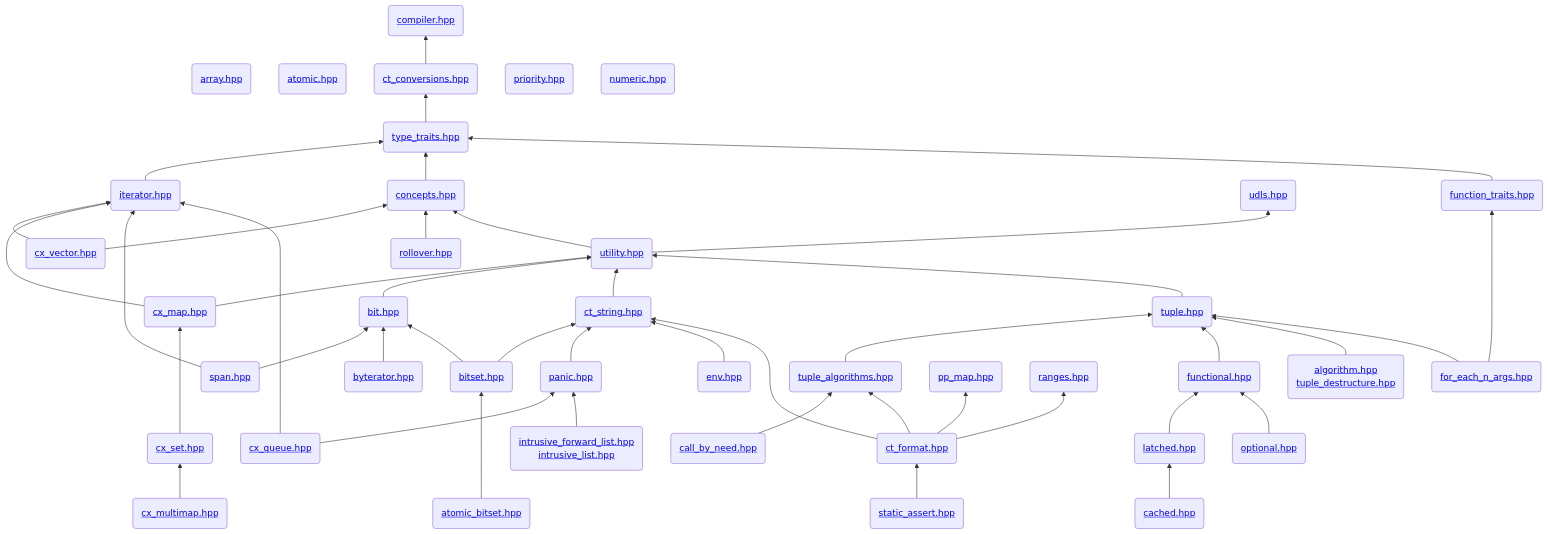
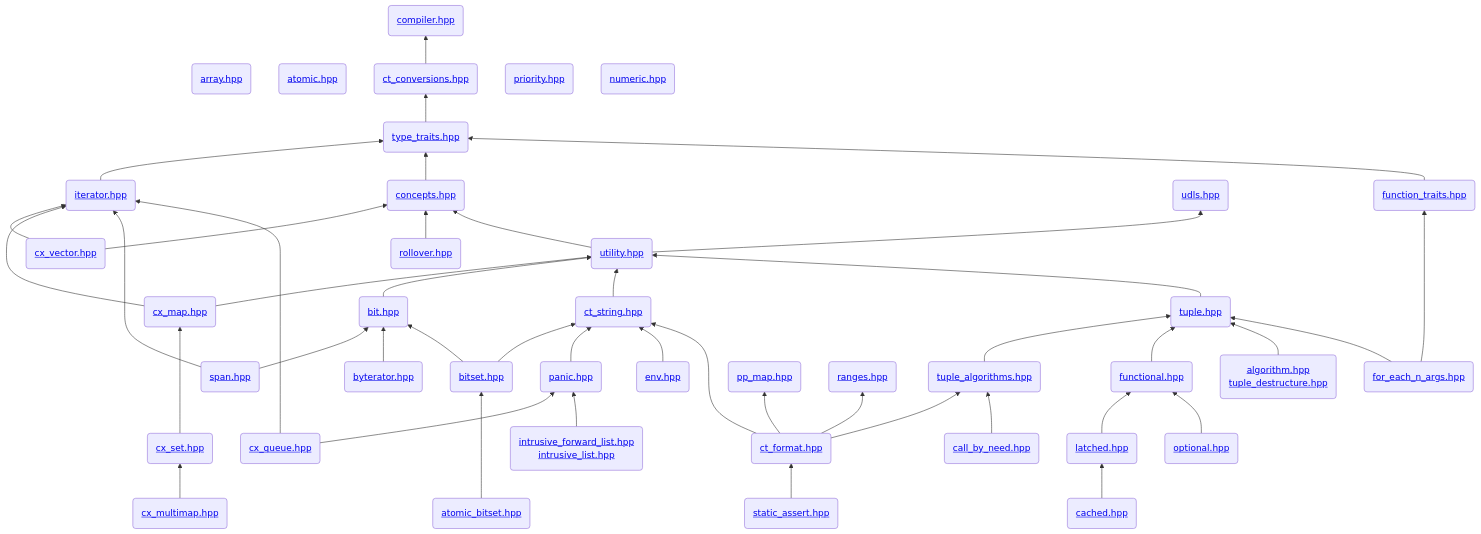
One commit to intel/cpp-std-extensions changed the diagram in docs/header_graph.mmd. Above: the diagram before and after it, drawn with Mermaid. The commit also changed 2 other files, not shown here.

```diff
--- a/docs/header_graph.mmd
+++ b/docs/header_graph.mmd
@@ -1,104 +1,105 @@
 flowchart BT
   %% level 0
   compiler(<a href="https://github.com/intel/cpp-std-extensions/tree/main/include/stdx/compiler.hpp">compiler.hpp</a>)
 
   %% level 1
   array(<a href="https://github.com/intel/cpp-std-extensions/tree/main/include/stdx/array.hpp">array.hpp</a>)
   atomic(<a href="https://github.com/intel/cpp-std-extensions/tree/main/include/stdx/atomic.hpp">atomic.hpp</a>)
   ct_conversions(<a href="https://github.com/intel/cpp-std-extensions/tree/main/include/stdx/ct_conversions.hpp">ct_conversions.hpp</a>)
+  priority(<a href="https://github.com/intel/cpp-std-extensions/tree/main/include/stdx/priority.hpp">priority.hpp</a>)
+  numeric(<a href="https://github.com/intel/cpp-std-extensions/tree/main/include/stdx/numeric.hpp">numeric.hpp</a>)
   array ~~~ compiler
   atomic ~~~ compiler
   ct_conversions --> compiler
-  priority(<a href="https://github.com/intel/cpp-std-extensions/tree/main/include/stdx/priority.hpp">priority.hpp</a>)
-  numeric(<a href="https://github.com/intel/cpp-std-extensions/tree/main/include/stdx/numeric.hpp">numeric.hpp</a>)
   priority ~~~ compiler
   numeric ~~~ compiler
 
   %% level 2
   type_traits(<a href="https://github.com/intel/cpp-std-extensions/tree/main/include/stdx/type_traits.hpp">type_traits.hpp</a>)
   type_traits --> ct_conversions
 
   %% level 3
   iterator(<a href="https://github.com/intel/cpp-std-extensions/tree/main/include/stdx/iterator.hpp">iterator.hpp</a>)
-  iterator --> type_traits
   concepts(<a href="https://github.com/intel/cpp-std-extensions/tree/main/include/stdx/concepts.hpp">concepts.hpp</a>)
-  concepts --> type_traits
   udls(<a href="https://github.com/intel/cpp-std-extensions/tree/main/include/stdx/udls.hpp">udls.hpp</a>)
   function_traits(<a href="https://github.com/intel/cpp-std-extensions/tree/main/include/stdx/function_traits.hpp">function_traits.hpp</a>)
+  iterator --> type_traits
+  concepts --> type_traits
   function_traits --> type_traits
 
   %% level 4
   cx_vector(<a href="https://github.com/intel/cpp-std-extensions/tree/main/include/stdx/cx_vector.hpp">cx_vector.hpp</a>)
+  rollover(<a href="https://github.com/intel/cpp-std-extensions/tree/main/include/stdx/rollover.hpp">rollover.hpp</a>)
+  utility(<a href="https://github.com/intel/cpp-std-extensions/tree/main/include/stdx/utility.hpp">utility.hpp</a>)
   cx_vector --> iterator
   cx_vector --> concepts
-  rollover(<a href="https://github.com/intel/cpp-std-extensions/tree/main/include/stdx/rollover.hpp">rollover.hpp</a>)
   rollover --> concepts
-  utility(<a href="https://github.com/intel/cpp-std-extensions/tree/main/include/stdx/utility.hpp">utility.hpp</a>)
   utility --> concepts
   utility --> udls
 
   %% level 5
   cx_map(<a href="https://github.com/intel/cpp-std-extensions/tree/main/include/stdx/cx_map.hpp">cx_map.hpp</a>)
+  bit(<a href="https://github.com/intel/cpp-std-extensions/tree/main/include/stdx/bit.hpp">bit.hpp</a>)
+  ct_string(<a href="https://github.com/intel/cpp-std-extensions/tree/main/include/stdx/ct_string.hpp">ct_string.hpp</a>)
+  tuple(<a href="https://github.com/intel/cpp-std-extensions/tree/main/include/stdx/tuple.hpp">tuple.hpp</a>)
   cx_map ---> iterator
   cx_map --> utility
-  bit(<a href="https://github.com/intel/cpp-std-extensions/tree/main/include/stdx/bit.hpp">bit.hpp</a>)
   bit --> utility
-  ct_string(<a href="https://github.com/intel/cpp-std-extensions/tree/main/include/stdx/ct_string.hpp">ct_string.hpp</a>)
   ct_string --> utility
-  tuple(<a href="https://github.com/intel/cpp-std-extensions/tree/main/include/stdx/tuple.hpp">tuple.hpp</a>)
   tuple --> utility
 
   %% level 6
   span(<a href="https://github.com/intel/cpp-std-extensions/tree/main/include/stdx/span.hpp">span.hpp</a>)
-  span ----> iterator
-  span --> bit
   byterator(<a href="https://github.com/intel/cpp-std-extensions/tree/main/include/stdx/byterator.hpp">byterator.hpp</a>)
-  byterator --> bit
   cx_set(<a href="https://github.com/intel/cpp-std-extensions/tree/main/include/stdx/cx_set.hpp">cx_set.hpp</a>)
-  cx_set ---> cx_map
   bitset(<a href="https://github.com/intel/cpp-std-extensions/tree/main/include/stdx/bitset.hpp">bitset.hpp</a>)
-  bitset --> bit
-  bitset --> ct_string
   panic(<a href="https://github.com/intel/cpp-std-extensions/tree/main/include/stdx/panic.hpp">panic.hpp</a>)
-  panic --> ct_string
   env(<a href="https://github.com/intel/cpp-std-extensions/tree/main/include/stdx/env.hpp">env.hpp</a>)
-  env --> ct_string
-  tuple_algorithms(<a href="https://github.com/intel/cpp-std-extensions/tree/main/include/stdx/tuple_algorithms.hpp">tuple_algorithms.hpp</a>)
-  tuple_algorithms --> tuple
   functional(<a href="https://github.com/intel/cpp-std-extensions/tree/main/include/stdx/functional.hpp">functional.hpp</a>)
-  functional --> tuple
   C(<a href="https://github.com/intel/cpp-std-extensions/tree/main/include/stdx/algorithm.hpp">algorithm.hpp</a><br><a href="https://github.com/intel/cpp-std-extensions/tree/main/include/stdx/tuple_destructure.hpp">tuple_destructure.hpp</a>)
-  C --> tuple
   for_each_n_args(<a href="https://github.com/intel/cpp-std-extensions/tree/main/include/stdx/for_each_n_args.hpp">for_each_n_args.hpp</a>)
-  for_each_n_args ----> function_traits
-  for_each_n_args --> tuple
 
   %% level 7
   cx_multimap(<a href="https://github.com/intel/cpp-std-extensions/tree/main/include/stdx/cx_multimap.hpp">cx_multimap.hpp</a>)
-  cx_multimap --> cx_set
   cx_queue(<a href="https://github.com/intel/cpp-std-extensions/tree/main/include/stdx/cx_queue.hpp">cx_queue.hpp</a>)
-  cx_queue ----> iterator
-  cx_queue --> panic
   atomic_bitset(<a href="https://github.com/intel/cpp-std-extensions/tree/main/include/stdx/atomic_bitset.hpp">atomic_bitset.hpp</a>)
-  atomic_bitset ---> bitset
   B(<a href="https://github.com/intel/cpp-std-extensions/tree/main/include/stdx/intrusive_forward_list.hpp">intrusive_forward_list.hpp<br><a href="https://github.com/intel/cpp-std-extensions/tree/main/include/stdx/intrusive_list.hpp">intrusive_list.hpp</a>)
-  B --> panic
   pp_map(<a href="https://github.com/intel/cpp-std-extensions/tree/main/include/stdx/pp_map.hpp">pp_map.hpp</a>)
   ranges(<a href="https://github.com/intel/cpp-std-extensions/tree/main/include/stdx/ranges.hpp">ranges.hpp</a>)
+  tuple_algorithms(<a href="https://github.com/intel/cpp-std-extensions/tree/main/include/stdx/tuple_algorithms.hpp">tuple_algorithms.hpp</a>)
+  ct_format(<a href="https://github.com/intel/cpp-std-extensions/tree/main/include/stdx/ct_format.hpp">ct_format.hpp</a>)
   call_by_need(<a href="https://github.com/intel/cpp-std-extensions/tree/main/include/stdx/call_by_need.hpp">call_by_need.hpp</a>)
-  call_by_need --> tuple_algorithms
-  ct_format(<a href="https://github.com/intel/cpp-std-extensions/tree/main/include/stdx/ct_format.hpp">ct_format.hpp</a>)
-  ct_format ---> ct_string
-  ct_format --> tuple_algorithms
-  ct_format --> pp_map
-  ct_format --> ranges
   latched(<a href="https://github.com/intel/cpp-std-extensions/tree/main/include/stdx/latched.hpp">latched.hpp</a>)
-  latched --> functional
   optional(<a href="https://github.com/intel/cpp-std-extensions/tree/main/include/stdx/optional.hpp">optional.hpp</a>)
-  optional --> functional
 
   %% level 8
   cached(<a href="https://github.com/intel/cpp-std-extensions/tree/main/include/stdx/cached.hpp">cached.hpp</a>)
+  static_assert(<a href="https://github.com/intel/cpp-std-extensions/tree/main/include/stdx/static_assert.hpp">static_assert.hpp</a>)
+
+  span ----> iterator
+  span --> bit
+  byterator --> bit
+  cx_set ---> cx_map
+  bitset --> bit
+  bitset --> ct_string
+  panic --> ct_string
+  env --> ct_string
+  tuple_algorithms --> tuple
+  functional --> tuple
+  C --> tuple
+  for_each_n_args ----> function_traits
+  for_each_n_args --> tuple
+  cx_multimap --> cx_set
+  cx_queue ----> iterator
+  cx_queue --> panic
+  atomic_bitset ---> bitset
+  B --> panic
+  ct_format ---> ct_string
+  ct_format --> pp_map
+  ct_format --> ranges
+  ct_format --> tuple_algorithms
+  call_by_need --> tuple_algorithms
+  latched --> functional
+  optional --> functional
   cached --> latched
-  static_assert(<a href="https://github.com/intel/cpp-std-extensions/tree/main/include/stdx/static_assert.hpp">static_assert.hpp</a>)
   static_assert --> ct_format
```
